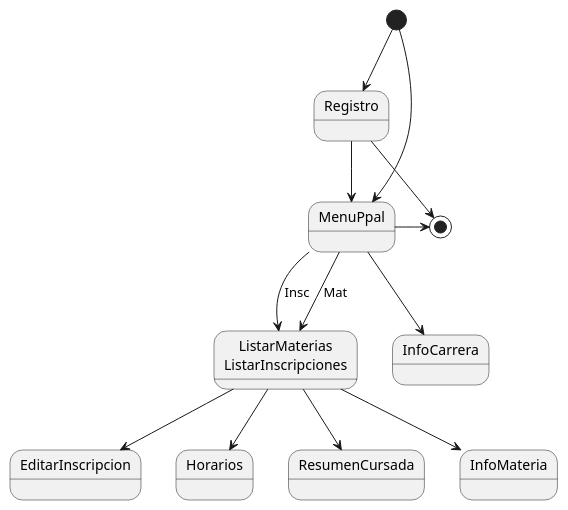
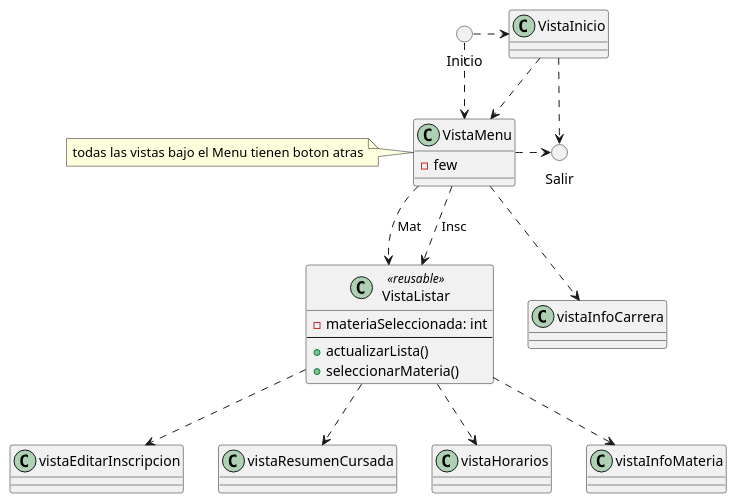
Before and after one commit to EmilianoM7/UTN_EZ: the diagram in Doc/UTNEZ_DinamicaUI.puml, drawn with PlantUML. The commit also changed 18 other files, not shown here.

```diff
--- a/Doc/UTNEZ_DinamicaUI.puml
+++ b/Doc/UTNEZ_DinamicaUI.puml
@@ -1,34 +1,50 @@
 @startuml
 
 ' --- SKIN ---
 
-skinparam actorStyle Hollow
+'skinparam actorStyle Hollow
 'left to right direction
 
 ' --- DIAGRAMA ---
 
-    state "Registro" as R
-    state "MenuPpal" as M
-    state "ListarMaterias\nListarInscripciones" as L
-    state "EditarInscripcion" as CI
-    state "Horarios" as H
-    state "ResumenCursada" as RC
-    state "InfoCarrera" as IC
-    state "InfoMateria" as IM
 
-    [*] --> R
-    R --> M
-    R -> [*]
 
-    [*] --> M
-    M --> L : Mat
-    M --> L : Insc
-    M --> IC
-    M -> [*]
 
-    L --> RC
-    L --> IM
-    L --> CI
-    L --> H
+class "VistaInicio" as R
+class "VistaMenu" as M{
+    -few
+}
+note left: todas las vistas bajo el Menu tienen boton atras
+class "VistaListar" as L <<reusable>>{
+    - materiaSeleccionada: int
+    --
+    + actualizarLista()
+    + seleccionarMateria()
+}
+class "vistaEditarInscripcion" as CI
+class "vistaResumenCursada" as RC
+class "vistaHorarios" as H
+class "vistaInfoCarrera" as IC
+class "vistaInfoMateria" as IM
+() "Inicio" as I
+() "Salir" as X
+
+
+
+I .> R
+I ..> M
+
+R ..> M
+R .> X
+
+M ..> L : Mat
+M ..> L : Insc
+M ..> IC
+M .> X
+
+L ..> RC
+L ..> IM
+L ..> CI
+L ..> H
 
 @enduml
```
